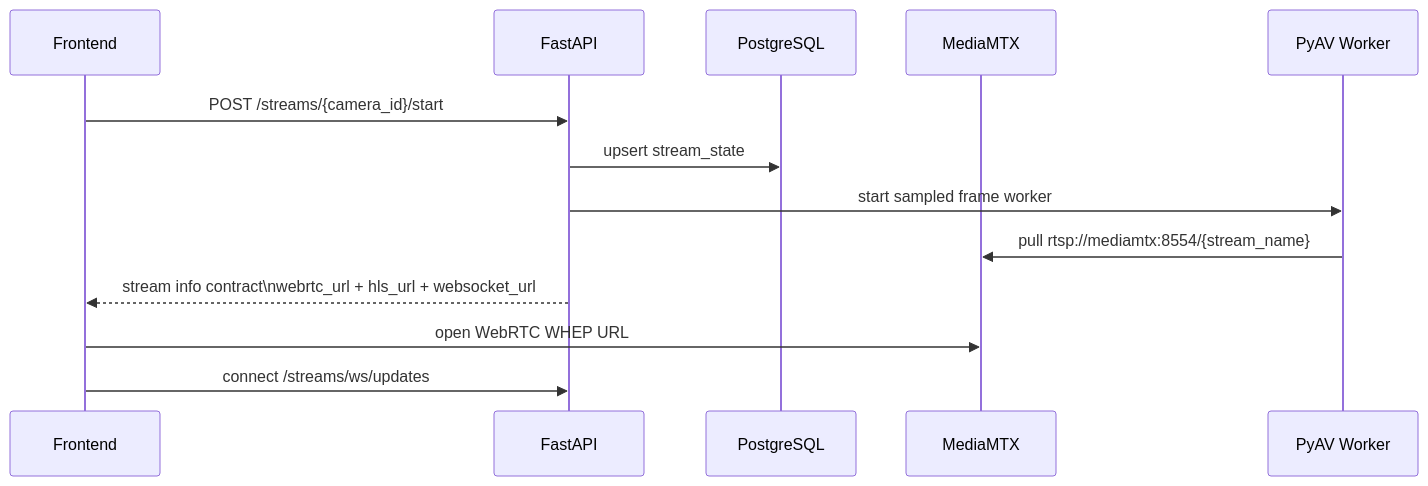
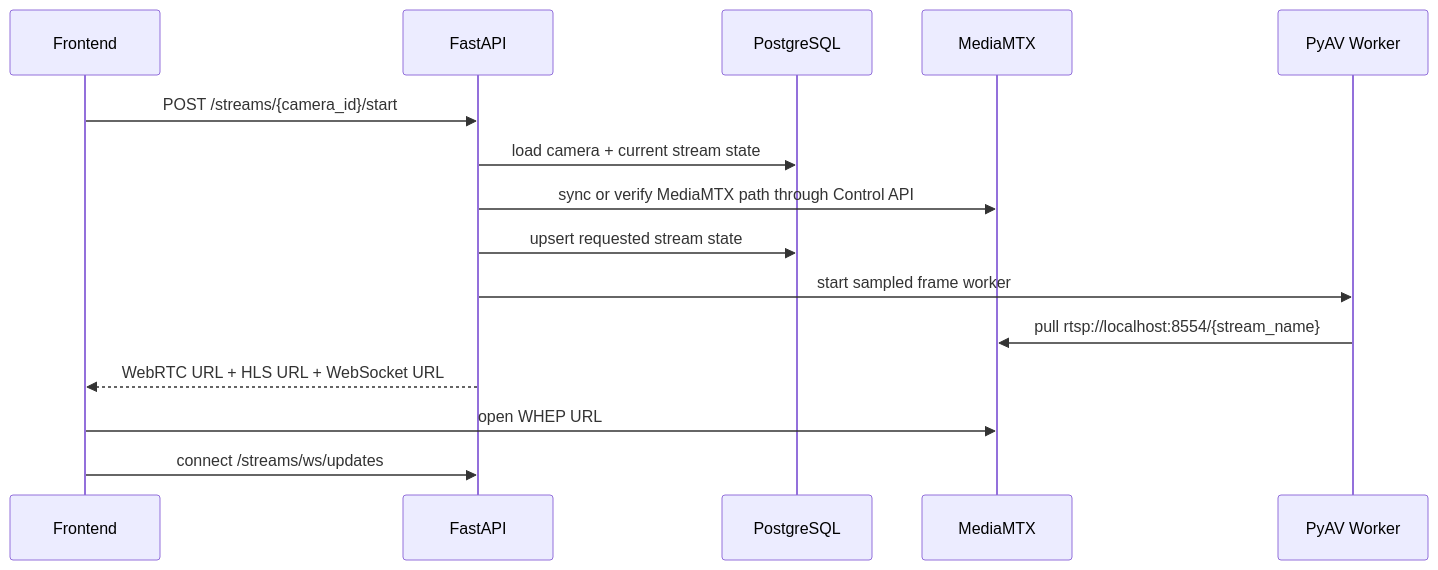
One commit to Premaramkarthik/Ai-Intelligence-Theft-Detection changed the second of 2 diagrams in backend/README.md. Above: the diagram before and after it, drawn with Mermaid. The commit also changed other lines of this file, not shown here.

````diff
--- a/backend/README.md
+++ b/backend/README.md
@@ -47,16 +56,18 @@
 ```mermaid
 sequenceDiagram
     participant UI as Frontend
     participant API as FastAPI
     participant DB as PostgreSQL
     participant MM as MediaMTX
     participant Worker as PyAV Worker
 
     UI->>API: POST /streams/{camera_id}/start
-    API->>DB: upsert stream_state
+    API->>DB: load camera + current stream state
+    API->>MM: sync or verify MediaMTX path through Control API
+    API->>DB: upsert requested stream state
     API->>Worker: start sampled frame worker
-    Worker->>MM: pull rtsp://mediamtx:8554/{stream_name}
-    API-->>UI: stream info contract\nwebrtc_url + hls_url + websocket_url
-    UI->>MM: open WebRTC WHEP URL
+    Worker->>MM: pull rtsp://localhost:8554/{stream_name}
+    API-->>UI: WebRTC URL + HLS URL + WebSocket URL
+    UI->>MM: open WHEP URL
     UI->>API: connect /streams/ws/updates
 ```
````
